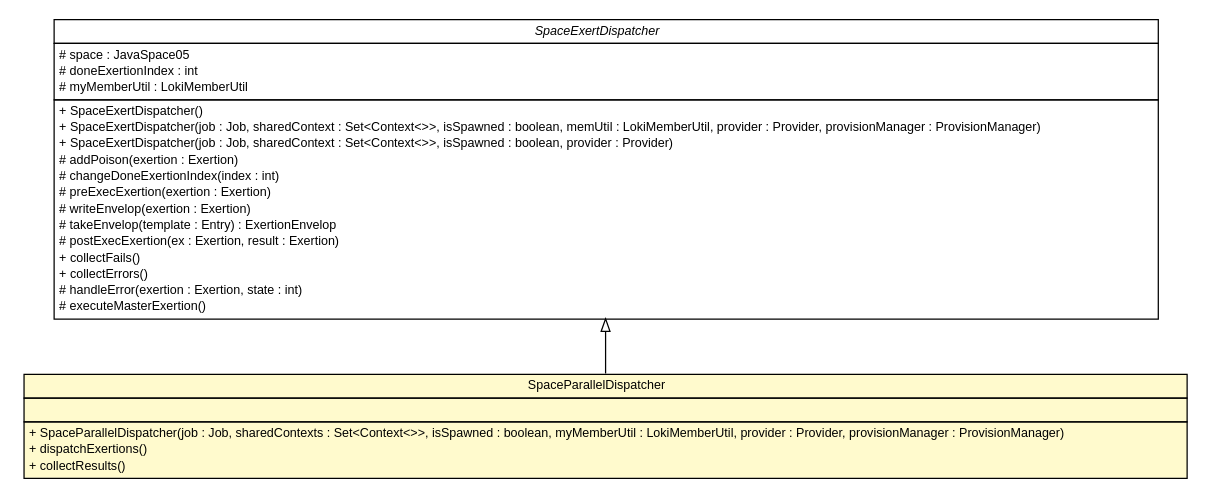
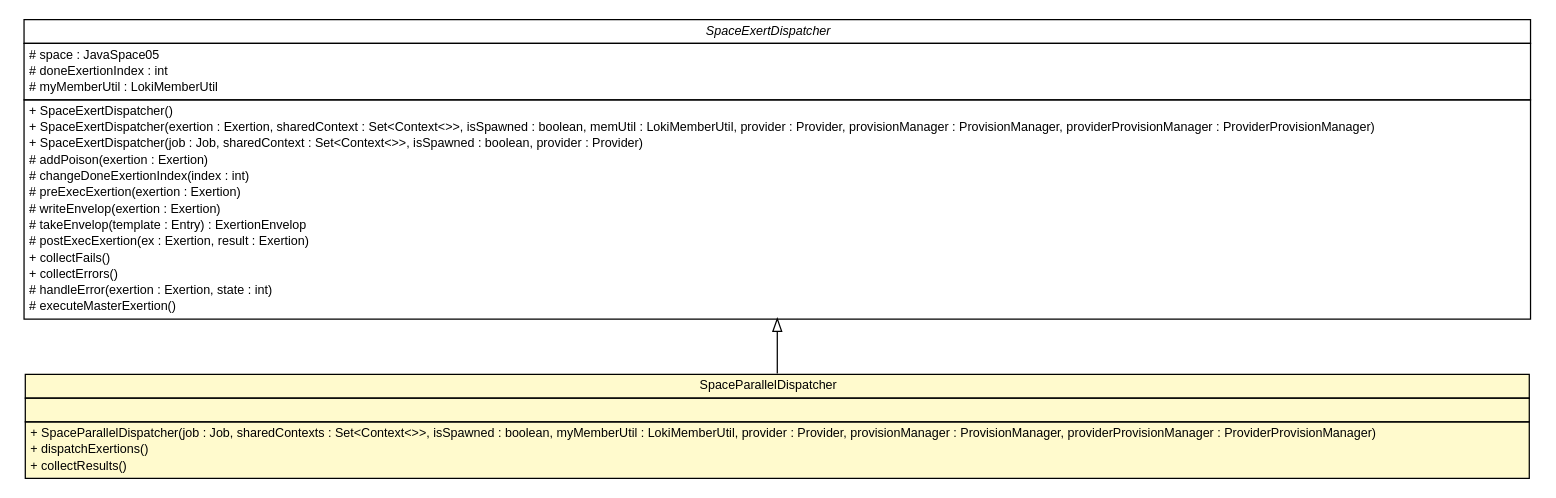
One commit to sorcersoft/sorcersoft.github.io changed the diagram in apidocs/sorcer/core/dispatch/SpaceParallelDispatcher.dot. Above: the diagram before and after it, drawn with Graphviz. The commit also changed 4286 other files, not shown here.

```diff
--- a/apidocs/sorcer/core/dispatch/SpaceParallelDispatcher.dot
+++ b/apidocs/sorcer/core/dispatch/SpaceParallelDispatcher.dot
@@ -1,54 +1,54 @@
 #!/usr/local/bin/dot
 #
 # Class diagram 
 # Generated by UMLGraph version R5_6 (http://www.umlgraph.org/)
 #
 
 digraph G {
 	edge [fontname="Helvetica",fontsize=10,labelfontname="Helvetica",labelfontsize=10];
 	node [fontname="Helvetica",fontsize=10,shape=plaintext];
 	nodesep=0.25;
 	ranksep=0.5;
 	// sorcer.core.dispatch.SpaceExertDispatcher
-	c337114 [label=<<table title="sorcer.core.dispatch.SpaceExertDispatcher" border="0" cellborder="1" cellspacing="0" cellpadding="2" port="p" href="./SpaceExertDispatcher.html">
+	c469354 [label=<<table title="sorcer.core.dispatch.SpaceExertDispatcher" border="0" cellborder="1" cellspacing="0" cellpadding="2" port="p" href="./SpaceExertDispatcher.html">
 		<tr><td><table border="0" cellspacing="0" cellpadding="1">
 <tr><td align="center" balign="center"><font face="Helvetica-Oblique"> SpaceExertDispatcher </font></td></tr>
 		</table></td></tr>
 		<tr><td><table border="0" cellspacing="0" cellpadding="1">
 <tr><td align="left" balign="left"> # space : JavaSpace05 </td></tr>
 <tr><td align="left" balign="left"> # doneExertionIndex : int </td></tr>
 <tr><td align="left" balign="left"> # myMemberUtil : LokiMemberUtil </td></tr>
 		</table></td></tr>
 		<tr><td><table border="0" cellspacing="0" cellpadding="1">
 <tr><td align="left" balign="left"> + SpaceExertDispatcher() </td></tr>
-<tr><td align="left" balign="left"> + SpaceExertDispatcher(job : Job, sharedContext : Set&lt;Context&lt;&gt;&gt;, isSpawned : boolean, memUtil : LokiMemberUtil, provider : Provider, provisionManager : ProvisionManager) </td></tr>
+<tr><td align="left" balign="left"> + SpaceExertDispatcher(exertion : Exertion, sharedContext : Set&lt;Context&lt;&gt;&gt;, isSpawned : boolean, memUtil : LokiMemberUtil, provider : Provider, provisionManager : ProvisionManager, providerProvisionManager : ProviderProvisionManager) </td></tr>
 <tr><td align="left" balign="left"> + SpaceExertDispatcher(job : Job, sharedContext : Set&lt;Context&lt;&gt;&gt;, isSpawned : boolean, provider : Provider) </td></tr>
 <tr><td align="left" balign="left"> # addPoison(exertion : Exertion) </td></tr>
 <tr><td align="left" balign="left"> # changeDoneExertionIndex(index : int) </td></tr>
 <tr><td align="left" balign="left"> # preExecExertion(exertion : Exertion) </td></tr>
 <tr><td align="left" balign="left"> # writeEnvelop(exertion : Exertion) </td></tr>
 <tr><td align="left" balign="left"> # takeEnvelop(template : Entry) : ExertionEnvelop </td></tr>
 <tr><td align="left" balign="left"> # postExecExertion(ex : Exertion, result : Exertion) </td></tr>
 <tr><td align="left" balign="left"> + collectFails() </td></tr>
 <tr><td align="left" balign="left"> + collectErrors() </td></tr>
 <tr><td align="left" balign="left"> # handleError(exertion : Exertion, state : int) </td></tr>
 <tr><td align="left" balign="left"> # executeMasterExertion() </td></tr>
 		</table></td></tr>
 		</table>>, URL="./SpaceExertDispatcher.html", fontname="Helvetica", fontcolor="black", fontsize=10.0];
 	// sorcer.core.dispatch.SpaceParallelDispatcher
-	c337136 [label=<<table title="sorcer.core.dispatch.SpaceParallelDispatcher" border="0" cellborder="1" cellspacing="0" cellpadding="2" port="p" bgcolor="lemonChiffon" href="./SpaceParallelDispatcher.html">
+	c469378 [label=<<table title="sorcer.core.dispatch.SpaceParallelDispatcher" border="0" cellborder="1" cellspacing="0" cellpadding="2" port="p" bgcolor="lemonChiffon" href="./SpaceParallelDispatcher.html">
 		<tr><td><table border="0" cellspacing="0" cellpadding="1">
 <tr><td align="center" balign="center"> SpaceParallelDispatcher </td></tr>
 		</table></td></tr>
 		<tr><td><table border="0" cellspacing="0" cellpadding="1">
 <tr><td align="left" balign="left">  </td></tr>
 		</table></td></tr>
 		<tr><td><table border="0" cellspacing="0" cellpadding="1">
-<tr><td align="left" balign="left"> + SpaceParallelDispatcher(job : Job, sharedContexts : Set&lt;Context&lt;&gt;&gt;, isSpawned : boolean, myMemberUtil : LokiMemberUtil, provider : Provider, provisionManager : ProvisionManager) </td></tr>
+<tr><td align="left" balign="left"> + SpaceParallelDispatcher(job : Job, sharedContexts : Set&lt;Context&lt;&gt;&gt;, isSpawned : boolean, myMemberUtil : LokiMemberUtil, provider : Provider, provisionManager : ProvisionManager, providerProvisionManager : ProviderProvisionManager) </td></tr>
 <tr><td align="left" balign="left"> + dispatchExertions() </td></tr>
 <tr><td align="left" balign="left"> + collectResults() </td></tr>
 		</table></td></tr>
 		</table>>, URL="./SpaceParallelDispatcher.html", fontname="Helvetica", fontcolor="black", fontsize=10.0];
 	//sorcer.core.dispatch.SpaceParallelDispatcher extends sorcer.core.dispatch.SpaceExertDispatcher
-	c337114:p -> c337136:p [dir=back,arrowtail=empty];
+	c469354:p -> c469378:p [dir=back,arrowtail=empty];
 }
```
